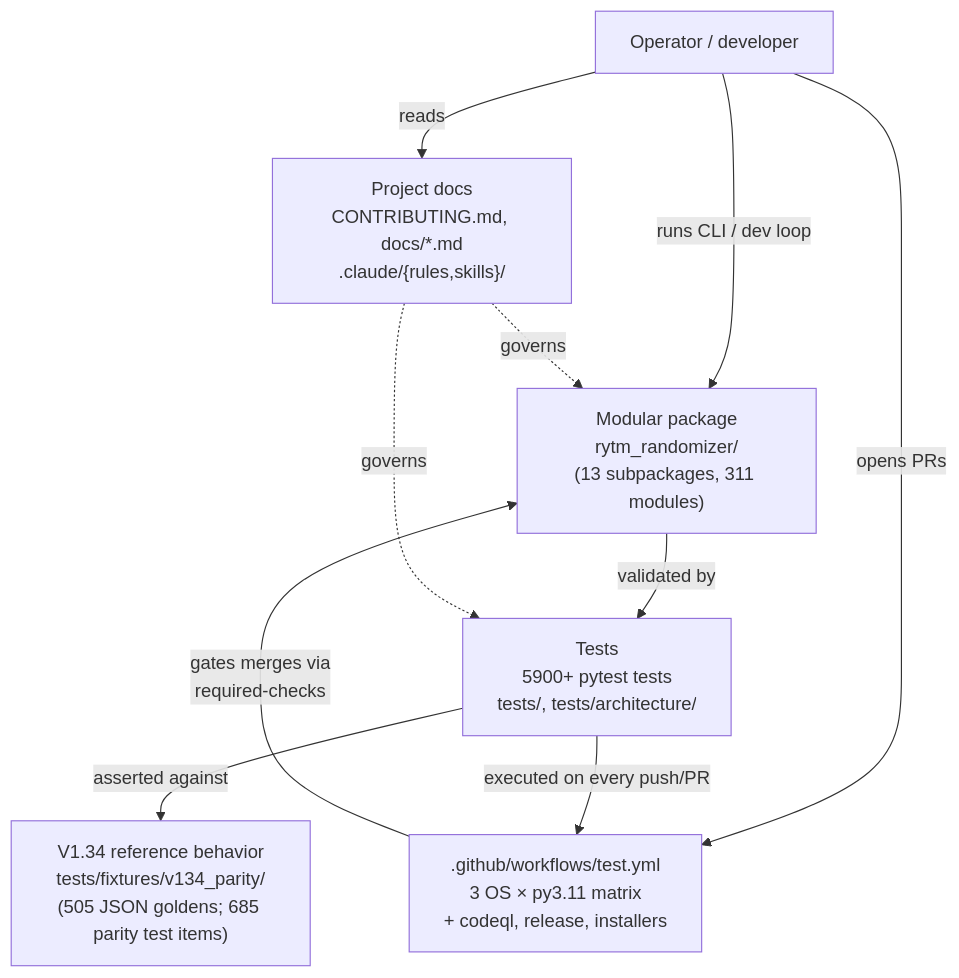
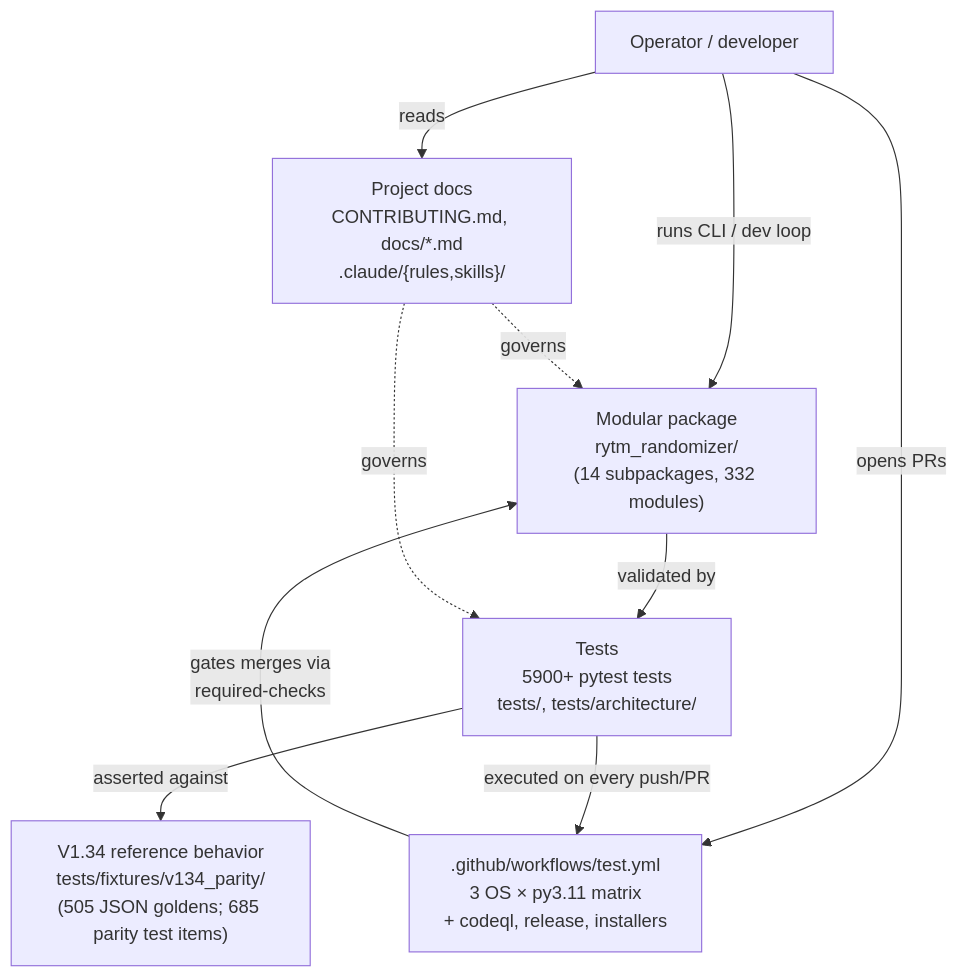
One commit to buzzijose-hub/RytmRandomizer changed the first of 34 diagrams in docs/ARCHITECTURE_DIAGRAMS.md. Above: the diagram before and after it, drawn with Mermaid. The commit also changed other lines of this file and 24 other files, not shown here.

````diff
--- a/docs/ARCHITECTURE_DIAGRAMS.md
+++ b/docs/ARCHITECTURE_DIAGRAMS.md
@@ -48,22 +49,22 @@
 ```mermaid
 flowchart TB
     User["Operator / developer"]
     V134["V1.34 reference behavior<br/>tests/fixtures/v134_parity/<br/>(505 JSON goldens; 685 parity test items)"]
-    Package["Modular package<br/>rytm_randomizer/<br/>(13 subpackages, 311 modules)"]
+    Package["Modular package<br/>rytm_randomizer/<br/>(14 subpackages, 332 modules)"]
     Tests["Tests<br/>5900+ pytest tests<br/>tests/, tests/architecture/"]
     CI[".github/workflows/test.yml<br/>3 OS × py3.11 matrix<br/>+ codeql, release, installers"]
     Docs["Project docs<br/>CONTRIBUTING.md, docs/*.md<br/>.claude/{rules,skills}/"]
 
     User -->|"runs CLI / dev loop"| Package
     User -->|"opens PRs"| CI
     User -->|"reads"| Docs
 
     Package -->|"validated by"| Tests
     Tests -->|"asserted against"| V134
     Tests -->|"executed on every push/PR"| CI
 
     CI -->|"gates merges via<br/>required-checks"| Package
 
     Docs -.->|"governs"| Package
     Docs -.->|"governs"| Tests
 ```
````
